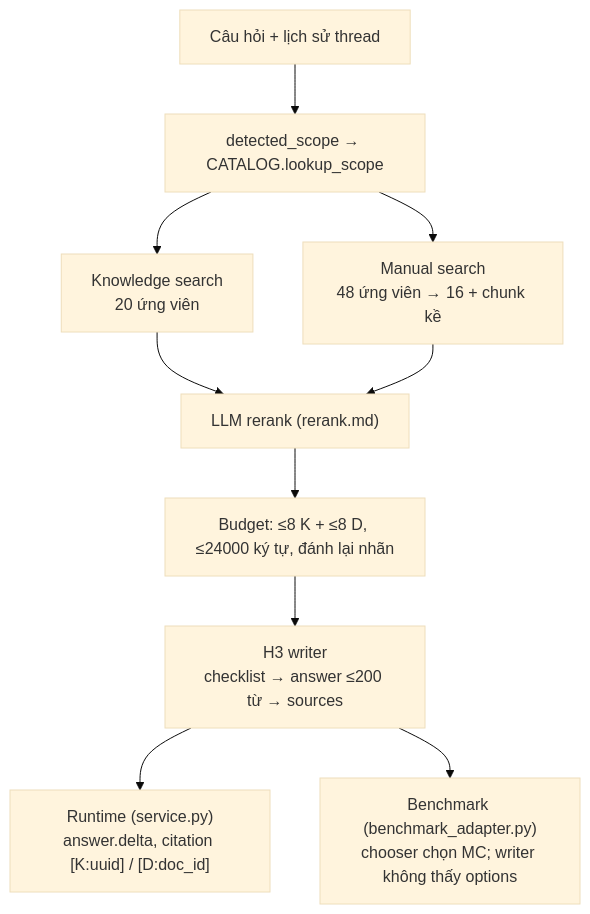
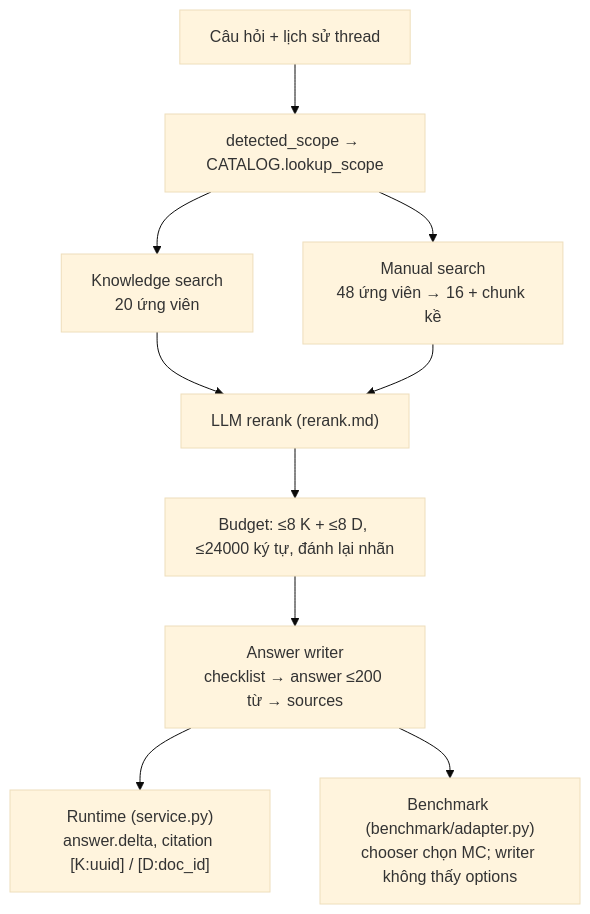
Before and after one commit to VinhPhamAI/factory-memo: the second of 2 diagrams in docs/industrial-qa-kb.md, drawn with Mermaid (base theme). The commit also changed other lines of this file and 37 other files, not shown here.

````diff
--- a/docs/industrial-qa-kb.md
+++ b/docs/industrial-qa-kb.md
@@ -83,12 +85,12 @@
 ```mermaid
 flowchart TD
     q["Câu hỏi + lịch sử thread"] --> sc["detected_scope → CATALOG.lookup_scope"]
     sc --> ks["Knowledge search<br/>20 ứng viên"]
     sc --> ms["Manual search<br/>48 ứng viên → 16 + chunk kề"]
     ks --> rr["LLM rerank (rerank.md)"]
     ms --> rr
     rr --> bud["Budget: ≤8 K + ≤8 D, ≤24000 ký tự, đánh lại nhãn"]
-    bud --> w["H3 writer<br/>checklist → answer ≤200 từ → sources"]
+    bud --> w["Answer writer<br/>checklist → answer ≤200 từ → sources"]
     w --> rt["Runtime (service.py)<br/>answer.delta, citation [K:uuid] / [D:doc_id]"]
-    w --> bm["Benchmark (benchmark_adapter.py)<br/>chooser chọn MC; writer không thấy options"]
+    w --> bm["Benchmark (benchmark/adapter.py)<br/>chooser chọn MC; writer không thấy options"]
 ```
````
